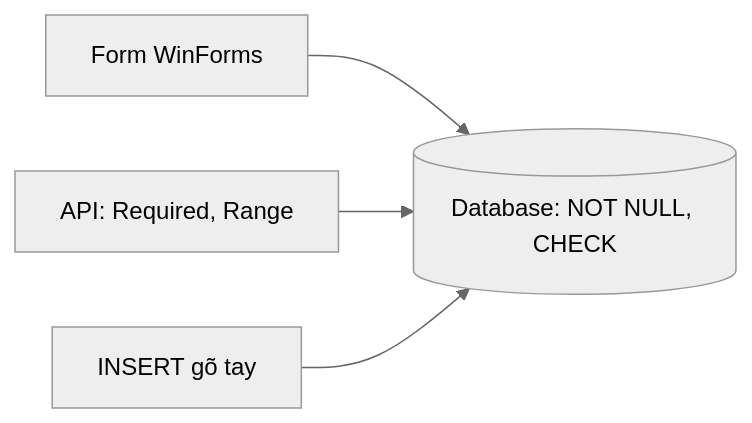
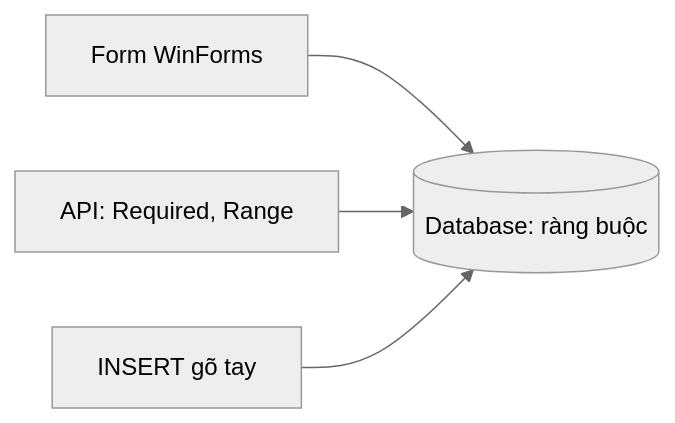
One commit to vielang/vielang changed the diagram in content/it/winforms/01-nen-tang-winforms/04-kiem-tra-du-lieu-nhap.md. Above: the diagram before and after it, drawn with Mermaid (neutral theme). The commit also changed other lines of this file and 17 other files, not shown here.

First line of the commit message:
Đồng bộ khoá WinForms với các khoá trước theo đợt thẩm định

````diff
--- a/content/it/winforms/01-nen-tang-winforms/04-kiem-tra-du-lieu-nhap.md
+++ b/content/it/winforms/01-nen-tang-winforms/04-kiem-tra-du-lieu-nhap.md
@@ -21,6 +21,6 @@
 ```mermaid Đường ghi nào cũng phải qua ràng buộc của database
 flowchart LR
-    F["Form WinForms"] --> D[("Database: NOT NULL, CHECK")]
+    F["Form WinForms"] --> D[("Database: ràng buộc")]
     A["API: Required, Range"] --> D
     S["INSERT gõ tay"] --> D
 ```
````
